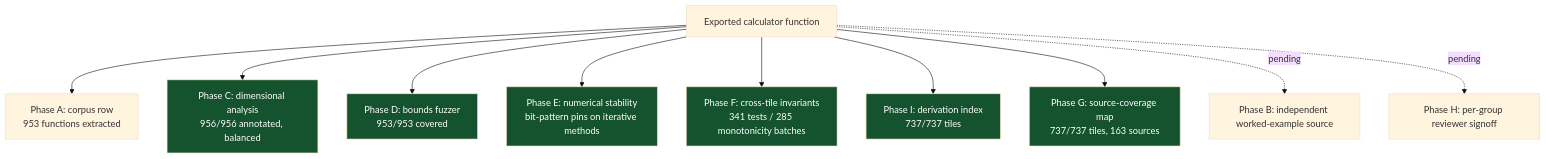
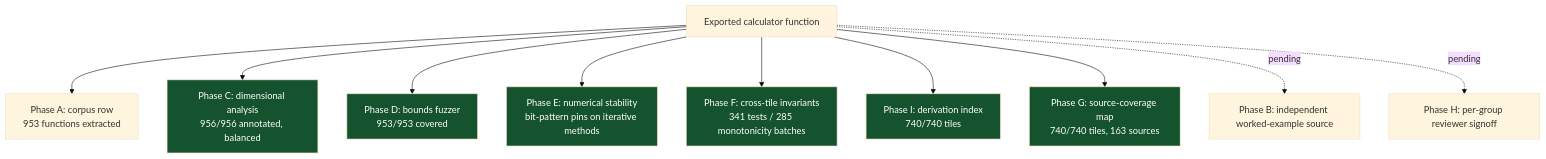
Before and after one commit to clay-good/roughlogic.com: the sixth of 8 diagrams in README.md, drawn with Mermaid (base theme). The commit also changed other lines of this file and 22 other files, not shown here.

````diff
--- a/README.md
+++ b/README.md
@@ -519,18 +519,18 @@
 ```mermaid
 flowchart TB
     F[Exported calculator function] --> A[Phase A: corpus row\n953 functions extracted]
     F --> C[Phase C: dimensional analysis\n956/956 annotated, balanced]
     F --> D[Phase D: bounds fuzzer\n953/953 covered]
     F --> E[Phase E: numerical stability\nbit-pattern pins on iterative methods]
     F --> Fa[Phase F: cross-tile invariants\n341 tests / 285 monotonicity batches]
-    F --> I[Phase I: derivation index\n737/737 tiles]
-    F --> G[Phase G: source-coverage map\n737/737 tiles, 163 sources]
+    F --> I[Phase I: derivation index\n740/740 tiles]
+    F --> G[Phase G: source-coverage map\n740/740 tiles, 163 sources]
     F -.pending.-> B[Phase B: independent worked-example source]
     F -.pending.-> H[Phase H: per-group reviewer signoff]
     style C fill:#14532d,color:#fff
     style D fill:#14532d,color:#fff
     style E fill:#14532d,color:#fff
     style Fa fill:#14532d,color:#fff
     style G fill:#14532d,color:#fff
     style I fill:#14532d,color:#fff
 ```
````
